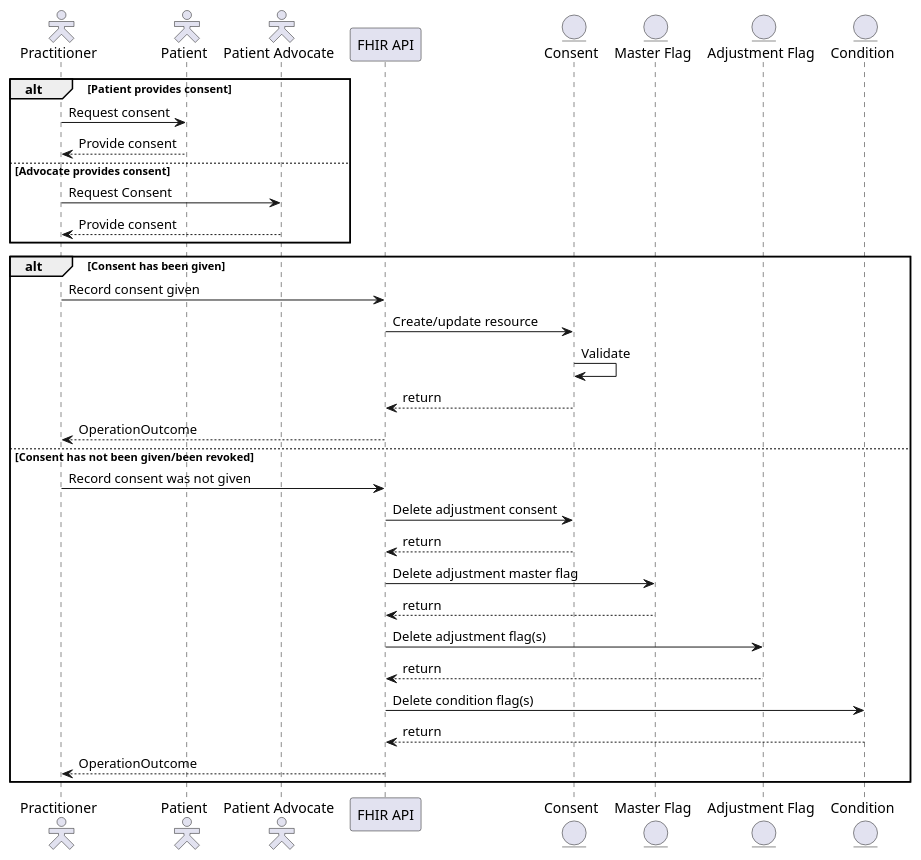
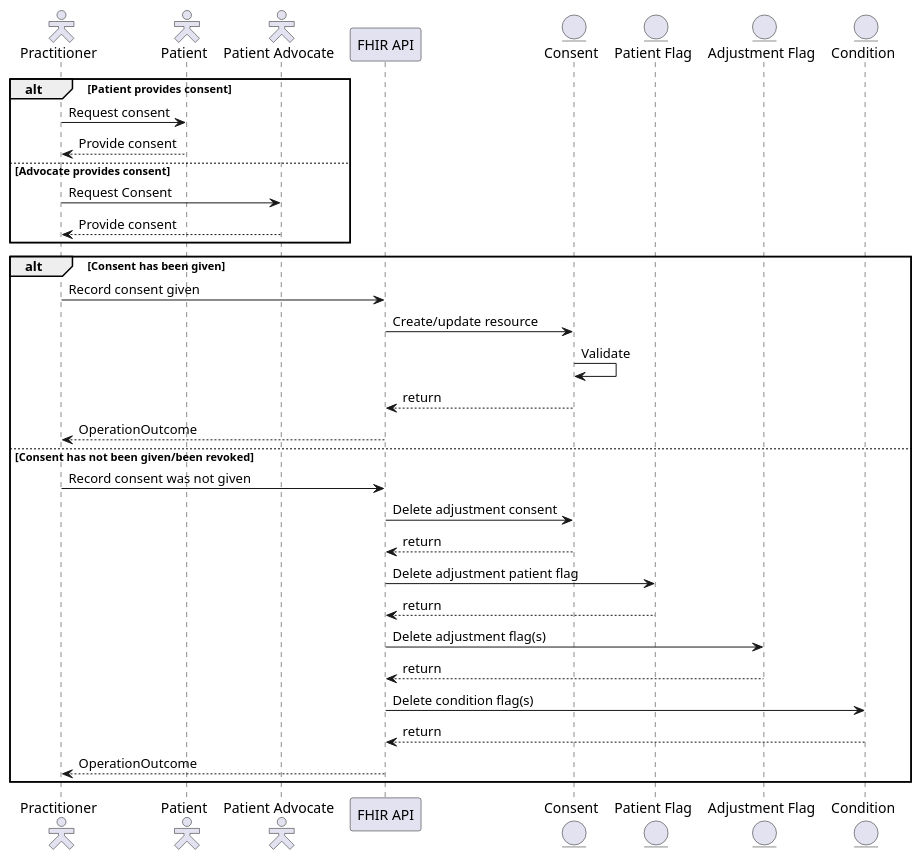
One commit to NHSDigital/ra-sandbox changed the diagram in input/images-source/consent-sequence.plantuml. Above: the diagram before and after it, drawn with PlantUML. The commit also changed 46 other files, not shown here.

```diff
--- a/input/images-source/consent-sequence.plantuml
+++ b/input/images-source/consent-sequence.plantuml
@@ -1,41 +1,41 @@
 @startuml
 
 skinparam actorStyle hollow
 
 actor        "Practitioner"     as pra
 actor        "Patient"          as pat
 actor        "Patient Advocate" as pad
 participant  "FHIR API"         as api
 entity       "Consent"          as con
-entity       "Master Flag"      as mas
+entity       "Patient Flag"     as pfg
 entity       "Adjustment Flag"  as adj
 entity       "Condition"        as cod
 
 alt Patient provides consent
   pra ->  pat : Request consent
   pra <-- pat : Provide consent
 else Advocate provides consent
   pra ->  pad : Request Consent
   pra <-- pad : Provide consent
 end
 
 alt Consent has been given
   pra ->  api : Record consent given
   api ->  con : Create/update resource
   con ->  con : Validate
   api <-- con : return
   pra <-- api : OperationOutcome
 else Consent has not been given/been revoked
   pra ->  api : Record consent was not given
   api ->  con : Delete adjustment consent
   api <-- con : return
-  api ->  mas : Delete adjustment master flag
-  api <-- mas : return
+  api ->  pfg : Delete adjustment patient flag
+  api <-- pfg : return
   api ->  adj : Delete adjustment flag(s)
   api <-- adj : return
   api ->  cod : Delete condition flag(s)
   api <-- cod : return
   pra <-- api : OperationOutcome
 end
 
 @enduml
```
